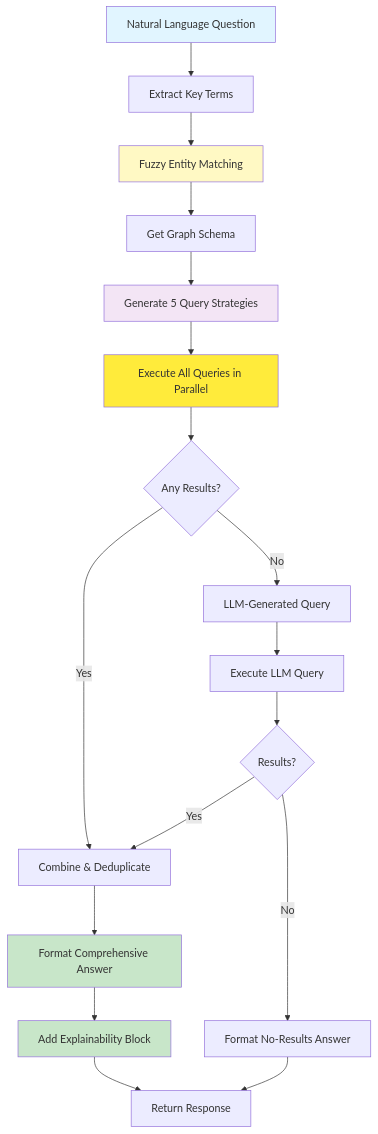
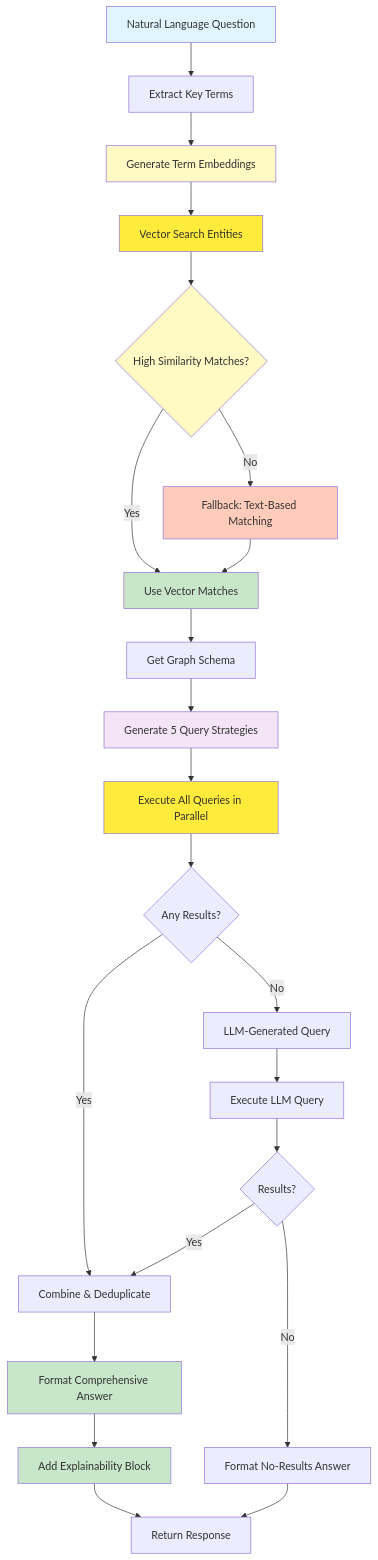
The fifth of 5 diagrams in README.md (avinash-mall/graph-rag), drawn with Mermaid before and after one commit. The commit also changed other lines of this file and 4 other files, not shown here.

Commit message:
vector search for entity names in cypher queries

````diff
--- a/README.md
+++ b/README.md
@@ -537,26 +565,35 @@
 ```mermaid
 graph TD
     A[Natural Language Question] --> B[Extract Key Terms]
-    B --> C[Fuzzy Entity Matching]
-    C --> D[Get Graph Schema]
-    D --> E[Generate 5 Query Strategies]
-    E --> F[Execute All Queries in Parallel]
-    F --> G{Any Results?}
-    G -->|Yes| H[Combine & Deduplicate]
-    G -->|No| I[LLM-Generated Query]
-    I --> J[Execute LLM Query]
-    J --> K{Results?}
-    K -->|Yes| H
-    K -->|No| L[Format No-Results Answer]
-    H --> M[Format Comprehensive Answer]
-    M --> N[Add Explainability Block]
-    N --> O[Return Response]
-    L --> O
+    B --> C[Generate Term Embeddings]
+    C --> D[Vector Search Entities]
+    D --> E{High Similarity Matches?}
+    E -->|Yes| F[Use Vector Matches]
+    E -->|No| G[Fallback: Text-Based Matching]
+    G --> F
+    F --> H[Get Graph Schema]
+    H --> I[Generate 5 Query Strategies]
+    I --> J[Execute All Queries in Parallel]
+    J --> K{Any Results?}
+    K -->|Yes| L[Combine & Deduplicate]
+    K -->|No| M[LLM-Generated Query]
+    M --> N[Execute LLM Query]
+    N --> O{Results?}
+    O -->|Yes| L
+    O -->|No| P[Format No-Results Answer]
+    L --> Q[Format Comprehensive Answer]
+    Q --> R[Add Explainability Block]
+    R --> S[Return Response]
+    P --> S
     
     style A fill:#e1f5ff
     style C fill:#fff9c4
-    style E fill:#f3e5f5
-    style F fill:#ffeb3b
-    style M fill:#c8e6c9
-    style N fill:#c8e6c9
+    style D fill:#ffeb3b
+    style E fill:#fff9c4
+    style F fill:#c8e6c9
+    style G fill:#ffccbc
+    style I fill:#f3e5f5
+    style J fill:#ffeb3b
+    style Q fill:#c8e6c9
+    style R fill:#c8e6c9
 ```
````
